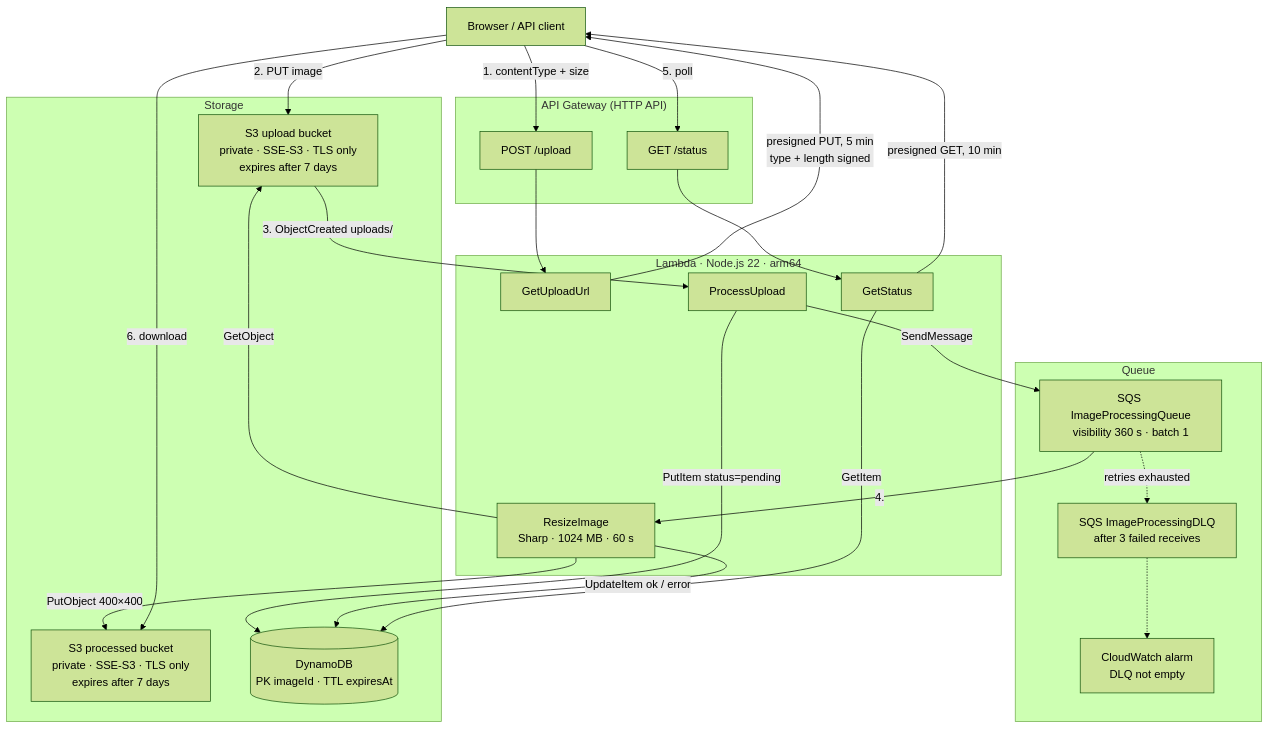
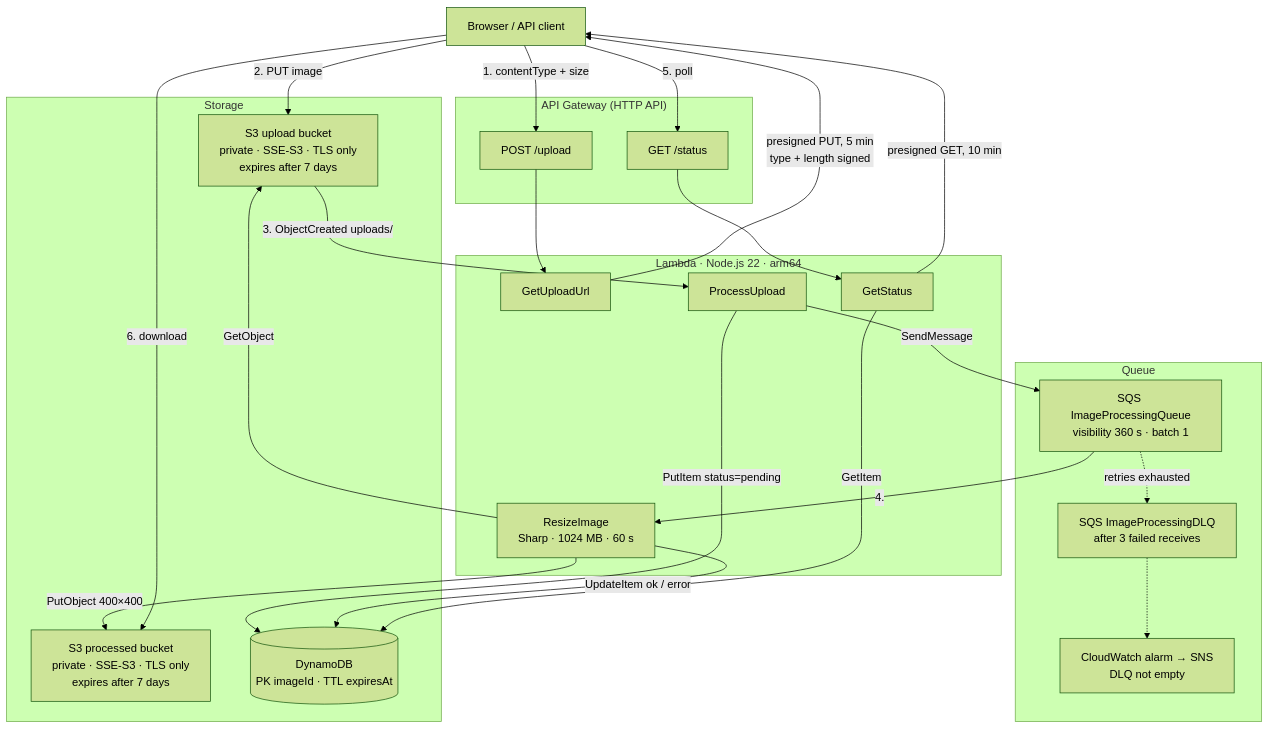
Before and after one commit to bydlovskyi/lambda-images: the diagram in README.md, drawn with Mermaid (forest theme). The commit also changed other lines of this file and 4 other files, not shown here.

First line of the commit message:
Notify via SNS when the DLQ fills; make SDK externalisation explicit

````diff
--- a/README.md
+++ b/README.md
@@ -20,44 +20,44 @@
 ```mermaid
 graph TB
     Client[Browser / API client]
 
     subgraph API["API Gateway (HTTP API)"]
         Upload[POST /upload]
         Status[GET /status]
     end
 
     subgraph Compute["Lambda · Node.js 22 · arm64"]
         L1[GetUploadUrl]
         L2[ProcessUpload]
         L3["ResizeImage<br/>Sharp · 1024 MB · 60 s"]
         L4[GetStatus]
     end
 
     subgraph Storage
         S3U["S3 upload bucket<br/>private · SSE-S3 · TLS only<br/>expires after 7 days"]
         S3P["S3 processed bucket<br/>private · SSE-S3 · TLS only<br/>expires after 7 days"]
         DDB[("DynamoDB<br/>PK imageId · TTL expiresAt")]
     end
 
     subgraph Queue
         SQS["SQS ImageProcessingQueue<br/>visibility 360 s · batch 1"]
         DLQ["SQS ImageProcessingDLQ<br/>after 3 failed receives"]
-        Alarm["CloudWatch alarm<br/>DLQ not empty"]
+        Alarm["CloudWatch alarm → SNS<br/>DLQ not empty"]
     end
 
     Client -->|1. contentType + size| Upload --> L1
     L1 -->|presigned PUT, 5 min<br/>type + length signed| Client
     Client -->|2. PUT image| S3U
     S3U -->|3. ObjectCreated uploads/| L2
     L2 -->|PutItem status=pending| DDB
     L2 -->|SendMessage| SQS
     SQS -->|4.| L3
     SQS -.->|retries exhausted| DLQ -.-> Alarm
     L3 -->|GetObject| S3U
     L3 -->|PutObject 400×400| S3P
     L3 -->|UpdateItem ok / error| DDB
     Client -->|5. poll| Status --> L4
     L4 -->|GetItem| DDB
     L4 -->|presigned GET, 10 min| Client
     Client -->|6. download| S3P
 ```
````
